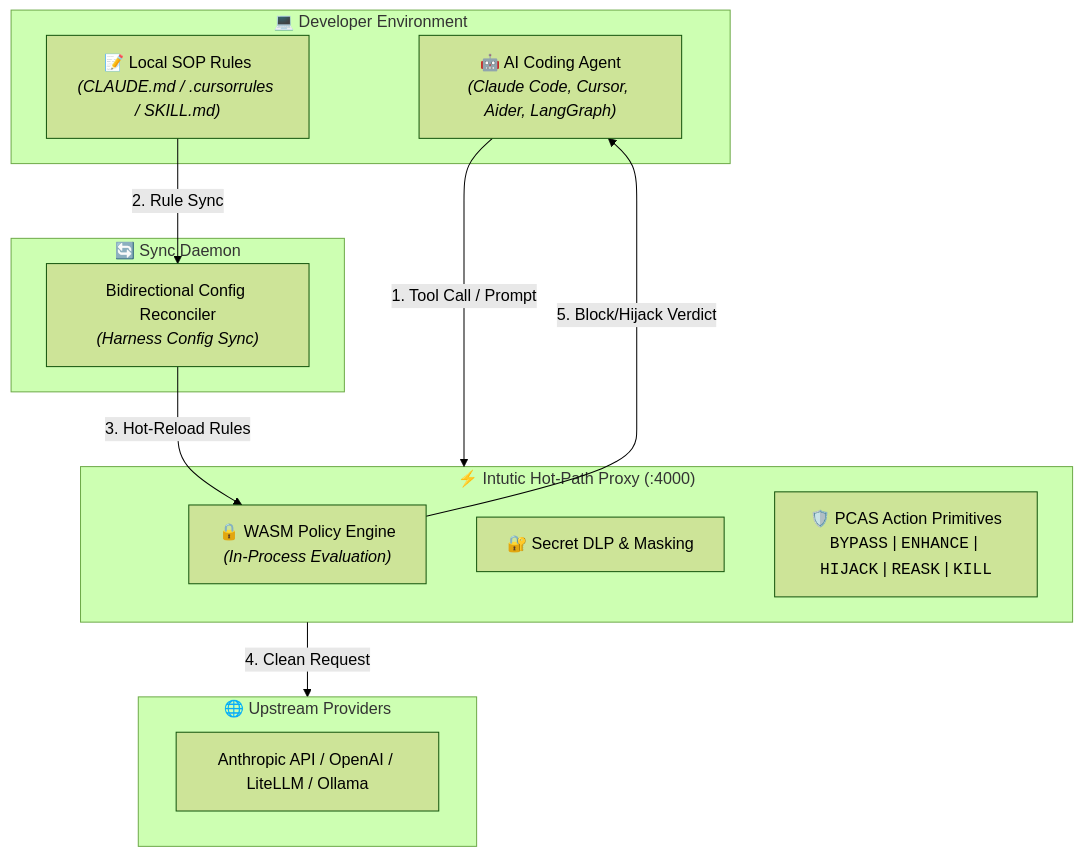
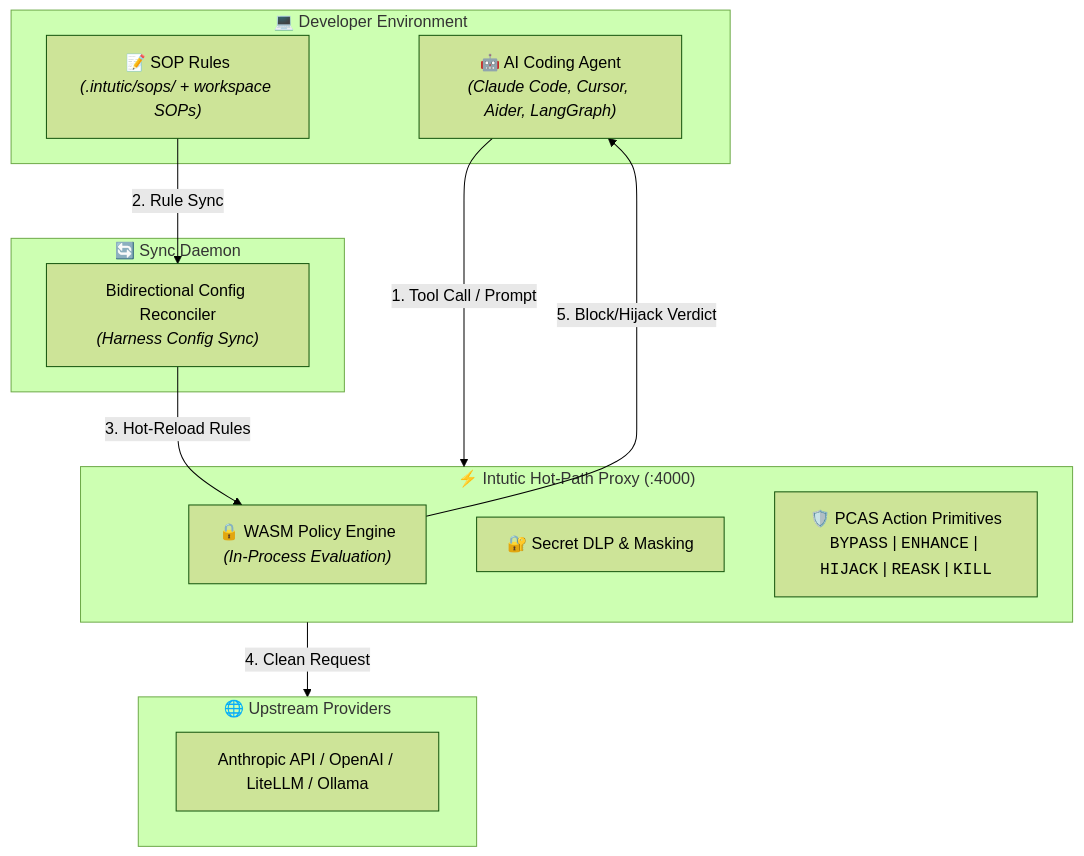
Before and after one commit to intutic/intutic: the diagram in README.md, drawn with Mermaid (forest theme). The commit also changed other lines of this file and 47 other files, not shown here.

````diff
--- a/README.md
+++ b/README.md
@@ -35,27 +35,27 @@
 ```mermaid
 flowchart TD
     subgraph DevEnvironment[" 💻 Developer Environment "]
         Agent["🤖 AI Coding Agent<br><i>(Claude Code, Cursor, Aider, LangGraph)</i>"]
-        SOP["📝 Local SOP Rules<br><i>(CLAUDE.md / .cursorrules / SKILL.md)</i>"]
+        SOP["📝 SOP Rules<br><i>(.intutic/sops/ + workspace SOPs)</i>"]
     end
 
     subgraph HotPathProxy[" ⚡ Intutic Hot-Path Proxy (:4000) "]
         Engine["🔒 WASM Policy Engine<br><i>(In-Process Evaluation)</i>"]
         DLP["🔐 Secret DLP & Masking"]
         PCAS["🛡️ PCAS Action Primitives<br><code>BYPASS</code> | <code>ENHANCE</code> | <code>HIJACK</code> | <code>REASK</code> | <code>KILL</code>"]
     end
 
     subgraph SyncDaemon[" 🔄 Sync Daemon "]
         Reconcile["Bidirectional Config Reconciler<br><i>(Harness Config Sync)</i>"]
     end
 
     subgraph UpstreamProviders[" 🌐 Upstream Providers "]
         Providers["Anthropic API / OpenAI / LiteLLM / Ollama"]
     end
 
     Agent -->|1. Tool Call / Prompt| HotPathProxy
     SOP -->|2. Rule Sync| Reconcile
     Reconcile -->|3. Hot-Reload Rules| Engine
     HotPathProxy -->|4. Clean Request| UpstreamProviders
     Engine -->|5. Block/Hijack Verdict| Agent
 ```
````
